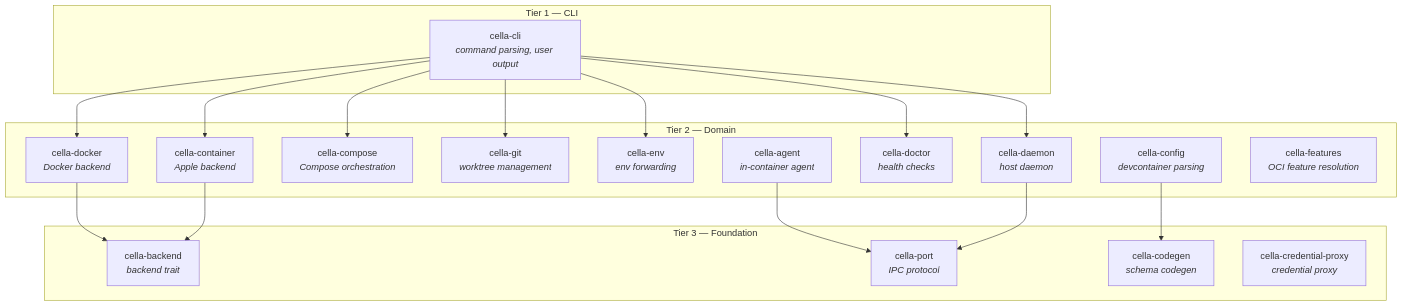
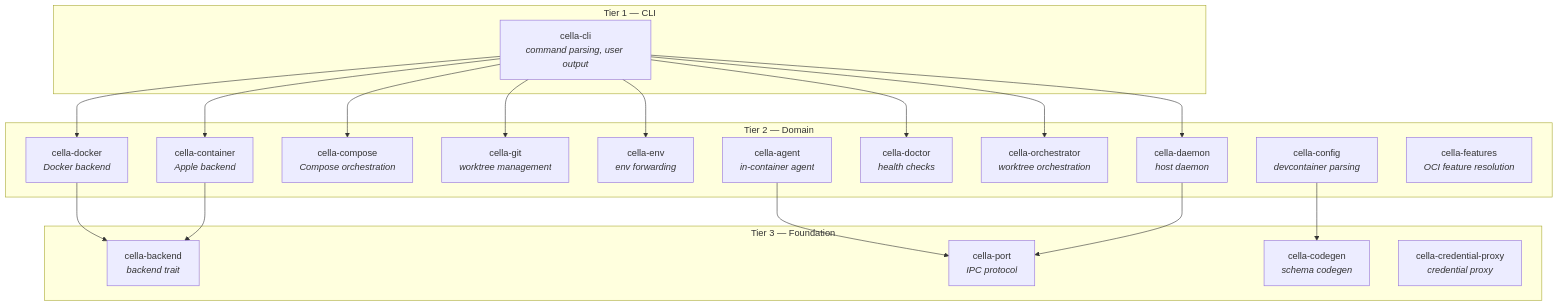
The diagram in README.md (eve0415/cella), drawn with Mermaid before and after one commit. The commit also changed other lines of this file and 8 other files, not shown here.

````diff
--- a/README.md
+++ b/README.md
@@ -193,31 +193,32 @@
 ```mermaid
 graph TD
     subgraph "Tier 1 — CLI"
         cli[cella-cli<br><i>command parsing, user output</i>]
     end
 
     subgraph "Tier 2 — Domain"
         docker[cella-docker<br><i>Docker backend</i>]
         container[cella-container<br><i>Apple backend</i>]
         compose[cella-compose<br><i>Compose orchestration</i>]
         git[cella-git<br><i>worktree management</i>]
         env[cella-env<br><i>env forwarding</i>]
         daemon[cella-daemon<br><i>host daemon</i>]
         doctor[cella-doctor<br><i>health checks</i>]
+        orchestrator[cella-orchestrator<br><i>worktree orchestration</i>]
         agent[cella-agent<br><i>in-container agent</i>]
         config[cella-config<br><i>devcontainer parsing</i>]
         features[cella-features<br><i>OCI feature resolution</i>]
     end
 
     subgraph "Tier 3 — Foundation"
         backend[cella-backend<br><i>backend trait</i>]
         port[cella-port<br><i>IPC protocol</i>]
         codegen[cella-codegen<br><i>schema codegen</i>]
         credproxy[cella-credential-proxy<br><i>credential proxy</i>]
     end
 
-    cli --> docker & container & compose & git & env & daemon & doctor
+    cli --> docker & container & compose & git & env & daemon & doctor & orchestrator
     docker & container --> backend
     agent & daemon --> port
     config --> codegen
 ```
````
